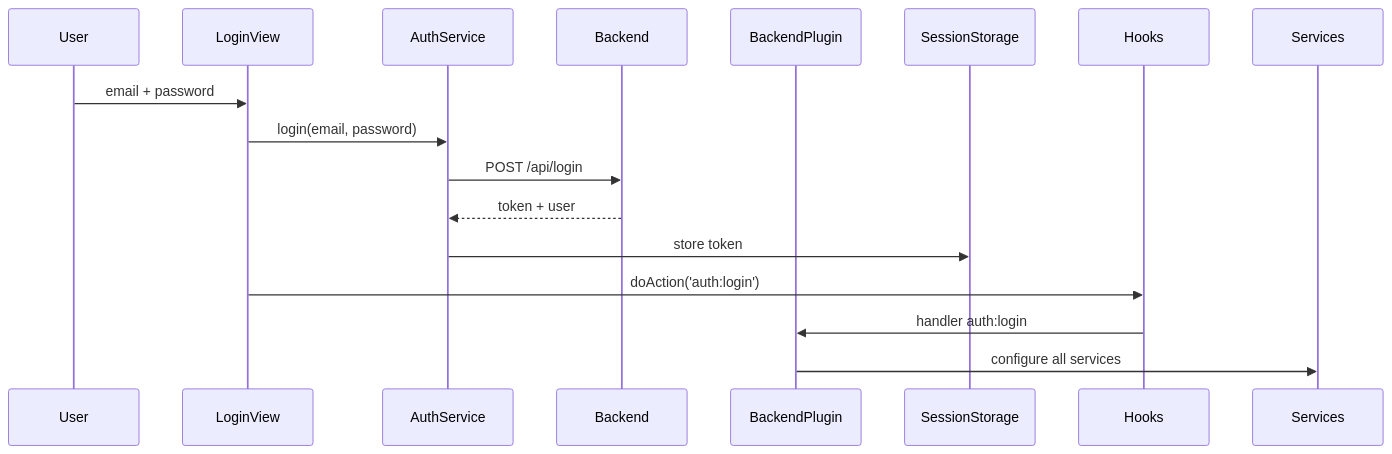
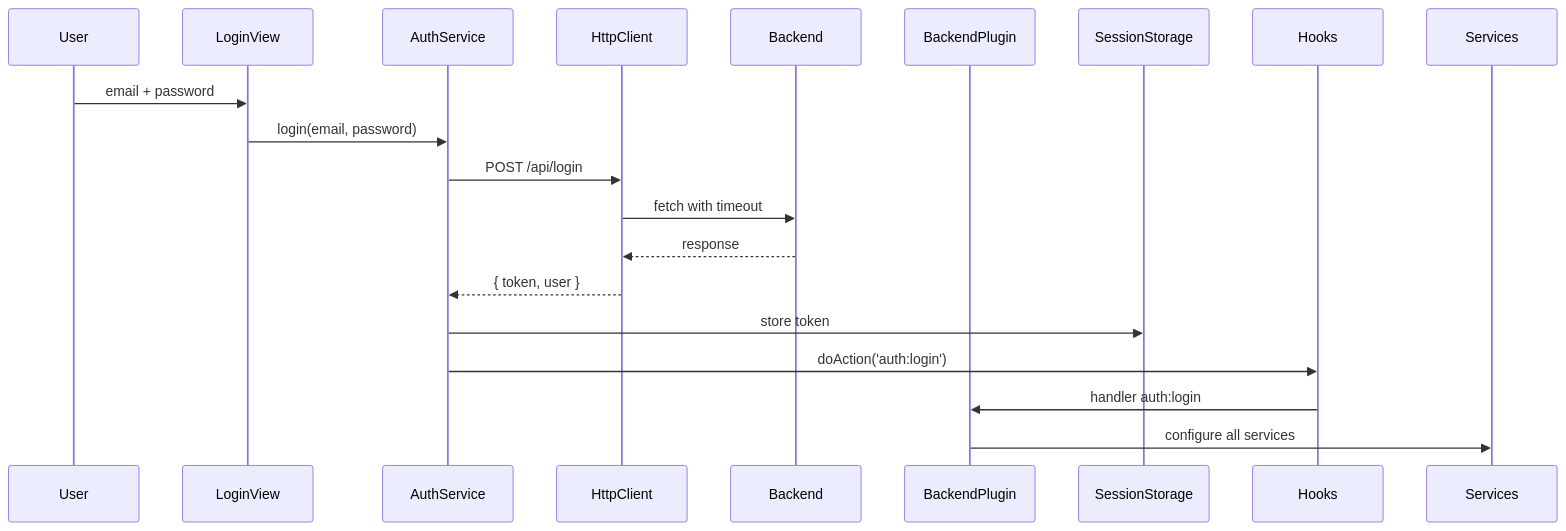
One commit to deljdlx/kanban changed the second of 4 diagrams in frontend/src/plugins/registry/BackendPlugin/README.md. Above: the diagram before and after it, drawn with Mermaid. The commit also changed other lines of this file and 51 other files, not shown here.

````diff
--- a/frontend/src/plugins/registry/BackendPlugin/README.md
+++ b/frontend/src/plugins/registry/BackendPlugin/README.md
@@ -95,18 +125,21 @@
 ```mermaid
 %%{init: {'theme': 'default'}}%%
 sequenceDiagram
     participant User
     participant LoginView
     participant AuthService
+    participant HttpClient
     participant Backend
     participant BackendPlugin
 
     User->>LoginView: email + password
     LoginView->>AuthService: login(email, password)
-    AuthService->>Backend: POST /api/login
-    Backend-->>AuthService: token + user
+    AuthService->>HttpClient: POST /api/login
+    HttpClient->>Backend: fetch with timeout
+    Backend-->>HttpClient: response
+    HttpClient-->>AuthService: { token, user }
     AuthService->>SessionStorage: store token
-    LoginView->>Hooks: doAction('auth:login')
+    AuthService->>Hooks: doAction('auth:login')
     Hooks->>BackendPlugin: handler auth:login
     BackendPlugin->>Services: configure all services
 ```
````
